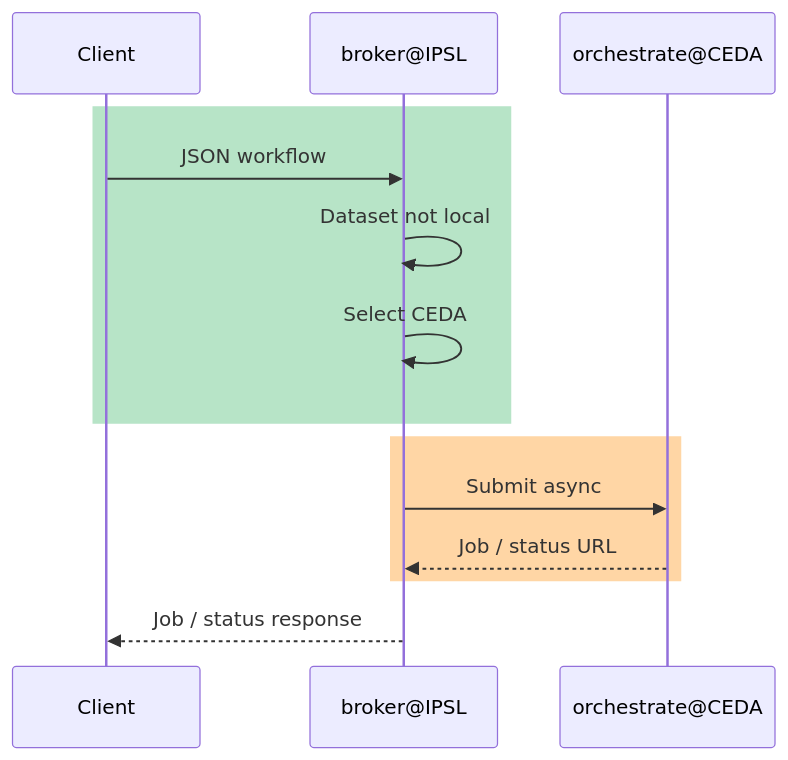
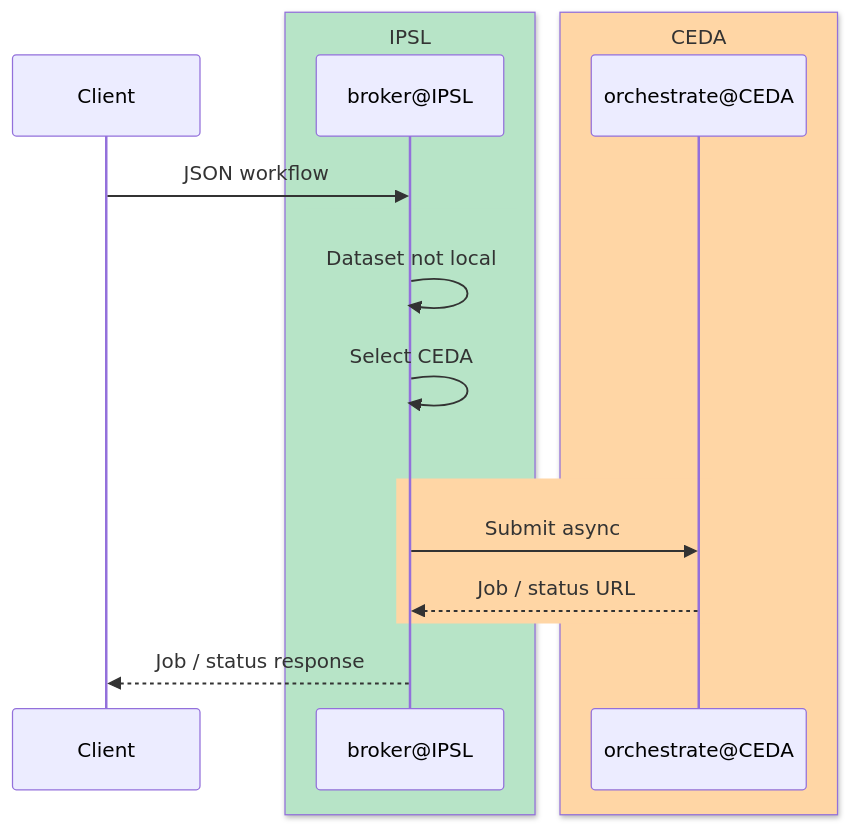
Before and after one commit to roocs/rook: diagram 15 of 22 in ARCH_ESGF2.md, drawn with Mermaid. The commit also changed other lines of this file, not shown here.

````diff
--- a/ARCH_ESGF2.md
+++ b/ARCH_ESGF2.md
@@ -536,19 +540,26 @@
 ```mermaid
 sequenceDiagram
     participant C as Client
-    participant B as broker@IPSL
-    participant O as orchestrate@CEDA
+
+    box rgb(183, 228, 199) IPSL
+        participant B as broker@IPSL
+    end
+
+    box rgb(255, 214, 165) CEDA
+        participant O as orchestrate@CEDA
+    end
+
+    C->>B: JSON workflow
 
     rect rgb(183, 228, 199)
-        C->>B: JSON workflow
         B->>B: Dataset not local
         B->>B: Select CEDA
     end
 
     rect rgb(255, 214, 165)
         B->>O: Submit async
         O-->>B: Job / status URL
     end
 
     B-->>C: Job / status response
 ```
````
